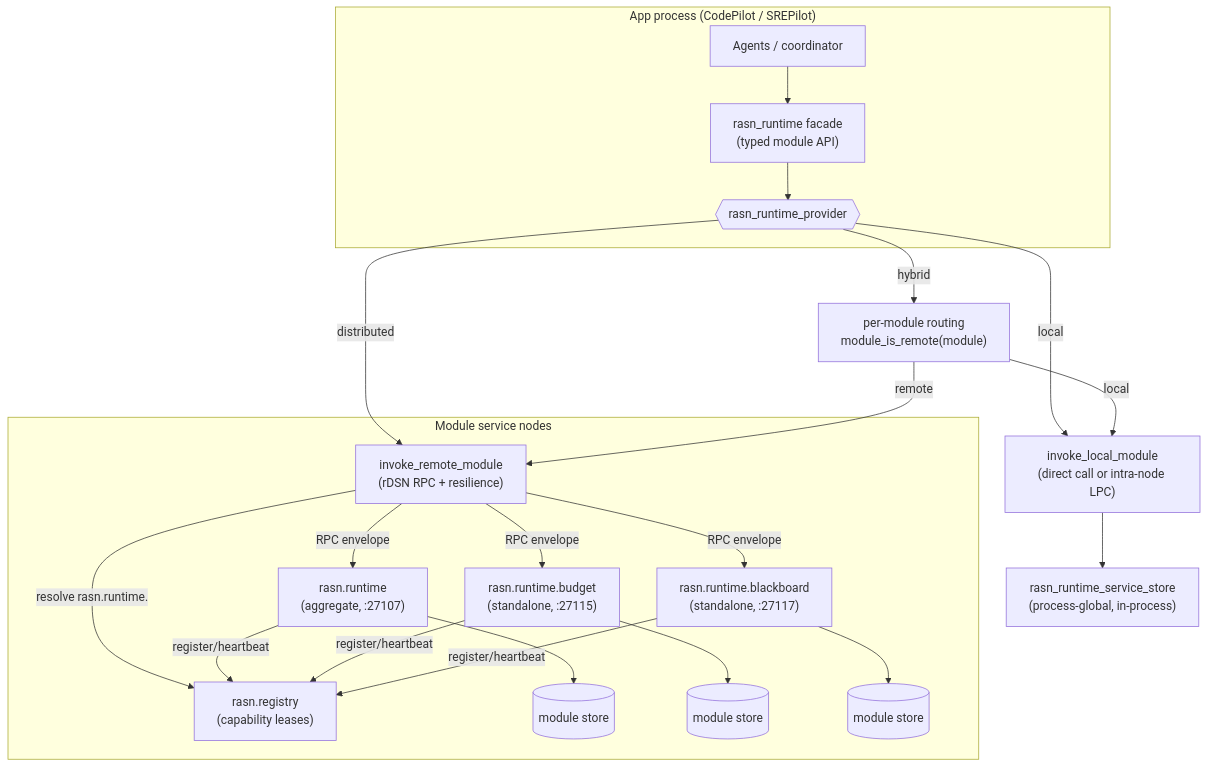
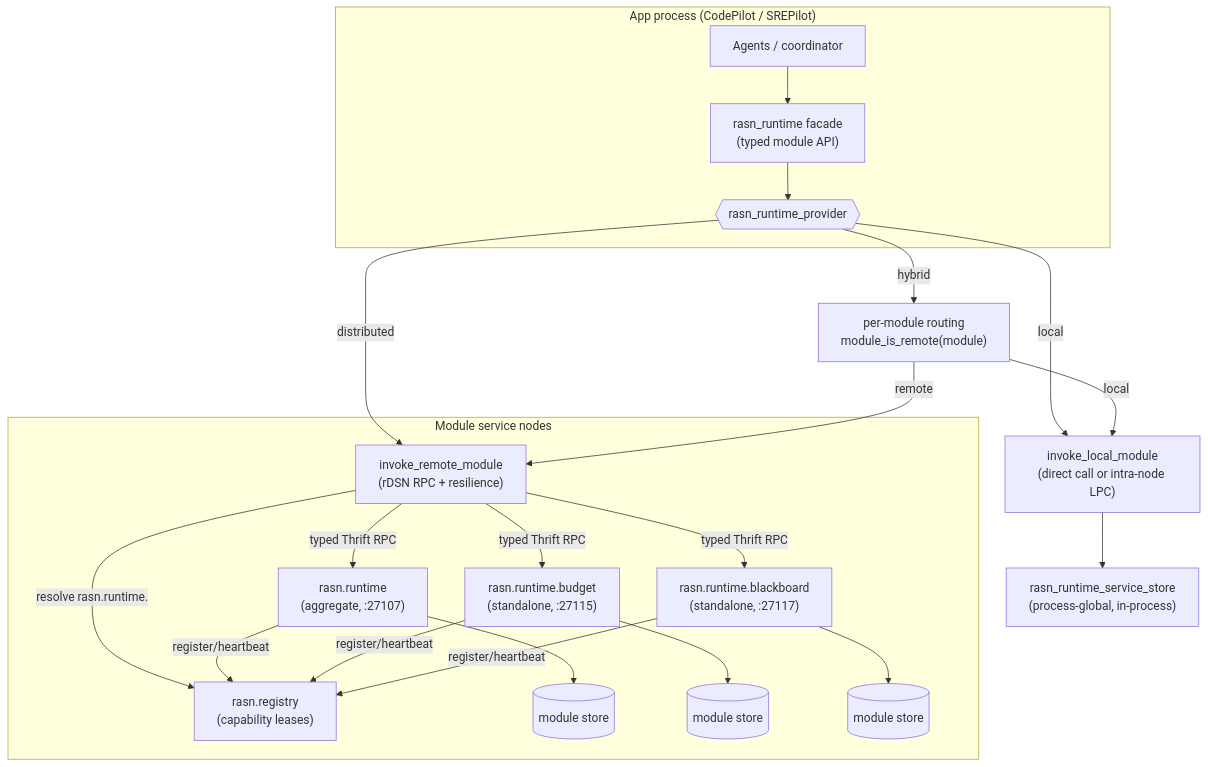
Before and after one commit to linmajia/rDSN: the first of 2 diagrams in src/plugins/rasn/docs/DISTRIBUTED_RUNTIME.md, drawn with Mermaid. The commit also changed other lines of this file and 27 other files, not shown here.

First line of the commit message:
rasn: replace generic runtime RPC with typed Thrift schemas

````diff
--- a/src/plugins/rasn/docs/DISTRIBUTED_RUNTIME.md
+++ b/src/plugins/rasn/docs/DISTRIBUTED_RUNTIME.md
@@ -51,29 +51,29 @@
 ```mermaid
 flowchart TD
     subgraph App["App process (CodePilot / SREPilot)"]
         A[Agents / coordinator] --> F["rasn_runtime facade<br/>(typed module API)"]
         F --> P{{rasn_runtime_provider}}
     end
 
     P -- local --> L["invoke_local_module<br/>(direct call or intra-node LPC)"]
     P -- distributed --> R["invoke_remote_module<br/>(rDSN RPC + resilience)"]
     P -- hybrid --> H["per-module routing<br/>module_is_remote(module)"]
     H -- local --> L
     H -- remote --> R
 
     L --> S["rasn_runtime_service_store<br/>(process-global, in-process)"]
 
     subgraph Cluster["Module service nodes"]
         REG["rasn.registry<br/>(capability leases)"]
         R -->|resolve rasn.runtime.<module>| REG
-        R -->|RPC envelope| SVC1["rasn.runtime<br/>(aggregate, :27107)"]
-        R -->|RPC envelope| SVC2["rasn.runtime.budget<br/>(standalone, :27115)"]
-        R -->|RPC envelope| SVCn["rasn.runtime.blackboard<br/>(standalone, :27117)"]
+        R -->|typed Thrift RPC| SVC1["rasn.runtime<br/>(aggregate, :27107)"]
+        R -->|typed Thrift RPC| SVC2["rasn.runtime.budget<br/>(standalone, :27115)"]
+        R -->|typed Thrift RPC| SVCn["rasn.runtime.blackboard<br/>(standalone, :27117)"]
         SVC1 -->|register/heartbeat| REG
         SVC2 -->|register/heartbeat| REG
         SVCn -->|register/heartbeat| REG
         SVC1 --> STORE1[(module store)]
         SVC2 --> STORE2[(module store)]
         SVCn --> STOREn[(module store)]
     end
 ```
````
